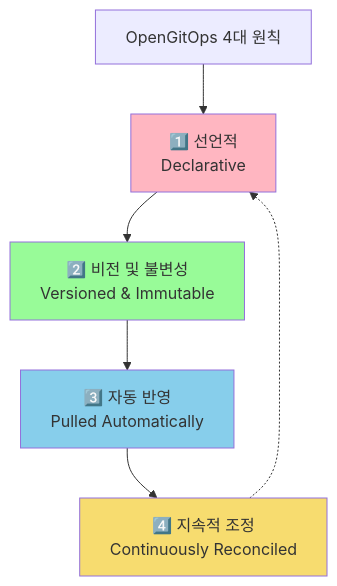
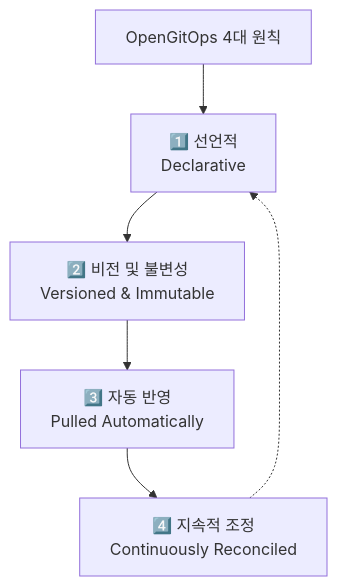
Before and after one commit to juwon8891/juwon8891.github.io: the eighth of 41 diagrams in docs/cicd/week1-image-build.md, drawn with Mermaid. The commit also changed other lines of this file and 18 other files, not shown here.

Commit message:
Remove bright colors from Mermaid diagrams for dark mode compatibility

````diff
--- a/docs/cicd/week1-image-build.md
+++ b/docs/cicd/week1-image-build.md
@@ -406,20 +392,16 @@
 ```mermaid
 flowchart TB
     START[OpenGitOps 4대 원칙]
 
     DECLARATIVE[1️⃣ 선언적<br/>Declarative]
     VERSIONED[2️⃣ 비전 및 불변성<br/>Versioned & Immutable]
     PULLED[3️⃣ 자동 반영<br/>Pulled Automatically]
     RECONCILED[4️⃣ 지속적 조정<br/>Continuously Reconciled]
 
     START --> DECLARATIVE
     DECLARATIVE --> VERSIONED
     VERSIONED --> PULLED
     PULLED --> RECONCILED
     RECONCILED -.-> DECLARATIVE
 
-    style DECLARATIVE fill:#FFB6C1
-    style VERSIONED fill:#98FB98
-    style PULLED fill:#87CEEB
-    style RECONCILED fill:#F7DC6F
 ```
````
